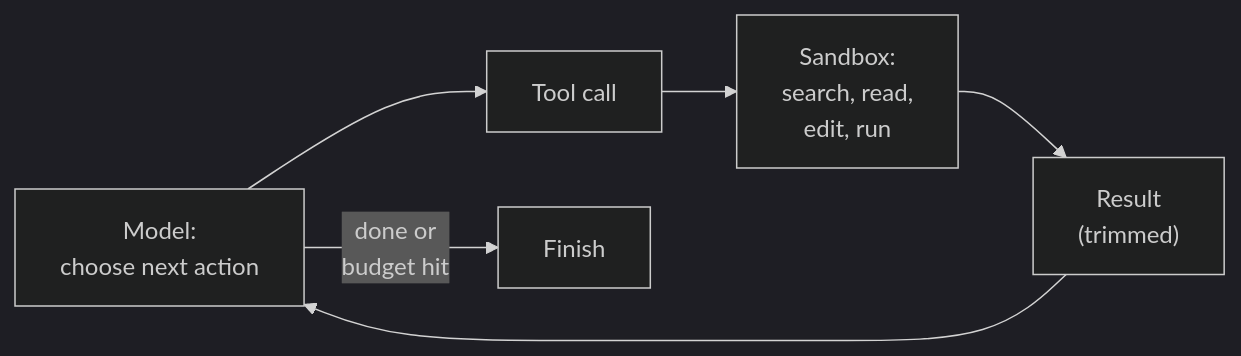
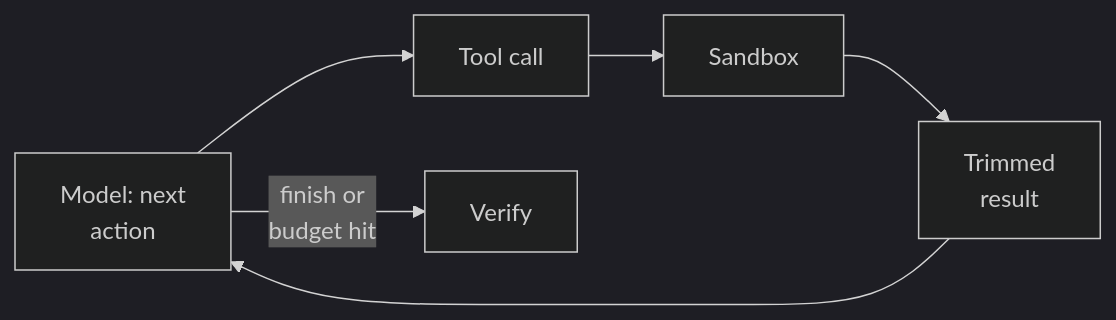
The second of 2 diagrams in src/Data/aiStackDocs/DP-04.md (shubamchaudhary/CodeNITW), drawn with Mermaid (dark theme) before and after one commit. The commit also changed other lines of this file and 15 other files, not shown here.

````diff
--- a/src/Data/aiStackDocs/DP-04.md
+++ b/src/Data/aiStackDocs/DP-04.md
@@ -85,8 +75,8 @@
 ```mermaid
 flowchart LR
-    M["Model:<br/>choose next action"] --> T["Tool call"]
-    T --> SB["Sandbox:<br/>search, read,<br/>edit, run"]
-    SB --> R["Result<br/>(trimmed)"]
+    M["Model: next<br/>action"] --> T["Tool call"]
+    T --> SB["Sandbox"]
+    SB --> R["Trimmed<br/>result"]
     R --> M
-    M -->|"done or<br/>budget hit"| F["Finish"]
+    M -->|"finish or<br/>budget hit"| F["Verify"]
 ```
````
